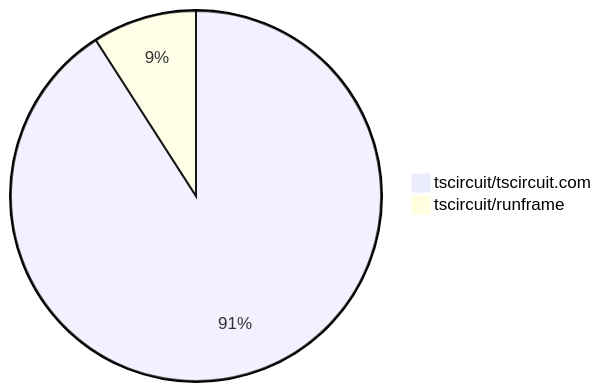
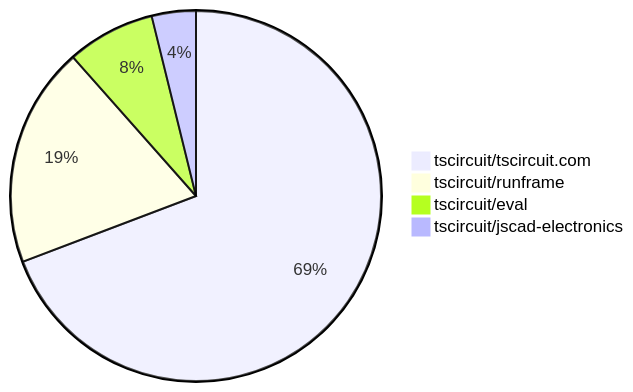
One commit to tscircuit/contribution-tracker changed the second of 2 diagrams in contribution-overviews/2025-08-20.md. Above: the diagram before and after it, drawn with Mermaid. The commit also changed other lines of this file and 3 other files, not shown here.

````diff
--- a/contribution-overviews/2025-08-20.md
+++ b/contribution-overviews/2025-08-20.md
@@ -43,5 +47,7 @@
 ```mermaid
 pie
-    "tscircuit/tscircuit.com" : 10
-    "tscircuit/runframe" : 1
+    "tscircuit/tscircuit.com" : 18
+    "tscircuit/runframe" : 5
+    "tscircuit/eval" : 2
+    "tscircuit/jscad-electronics" : 1
 ```
````
